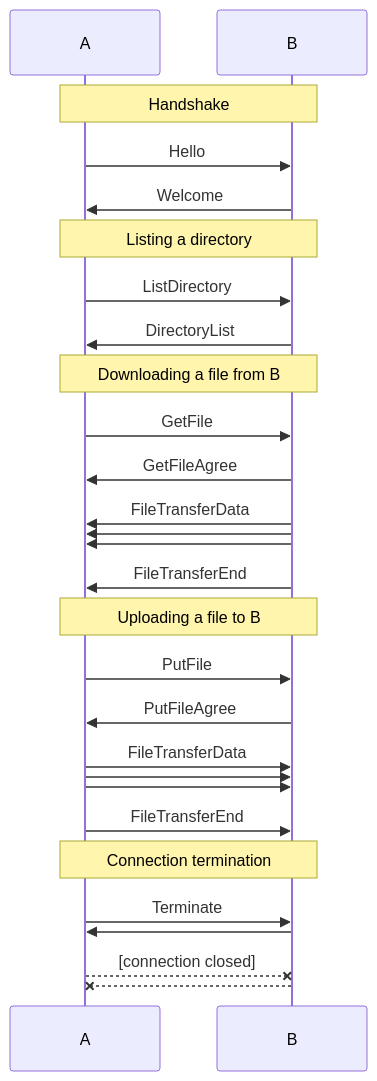
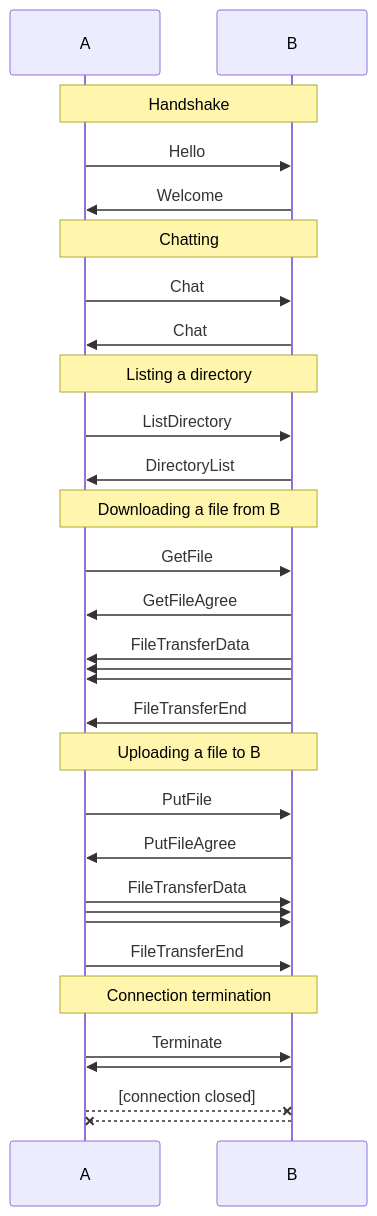
Before and after one commit to diamondburned/wftp: the diagram in README.md, drawn with Mermaid. The commit also changed other lines of this file, not shown here.

````diff
--- a/README.md
+++ b/README.md
@@ -98,28 +87,31 @@
 ```mermaid
 sequenceDiagram
     Note over A, B: Handshake
     A->>B: Hello
     B->>A: Welcome
+    Note over A, B: Chatting
+    A->>B: Chat
+    B->>A: Chat
     Note over A, B: Listing a directory
     A->>B: ListDirectory
     B->>A: DirectoryList
     Note over A, B: Downloading a file from B
     A->>B: GetFile
     B->>A: GetFileAgree
     B->>A: FileTransferData
     B->>A: 
     B->>A: 
     B->>A: FileTransferEnd
     Note over A, B: Uploading a file to B
     A->>B: PutFile
     B->>A: PutFileAgree
     A->>B: FileTransferData
     A->>B: 
     A->>B: 
     A->>B: FileTransferEnd
     Note over A, B: Connection termination
     A->>B: Terminate
     B->>A: 
     A--xB: [connection closed]
     B--xA: 
 ```
````
